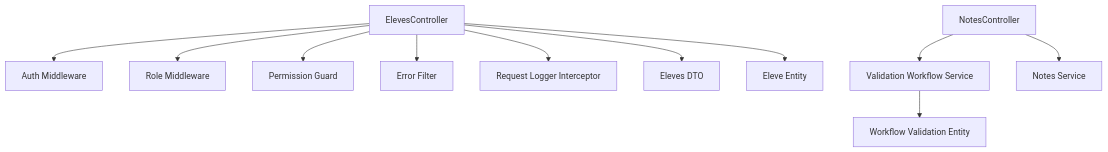
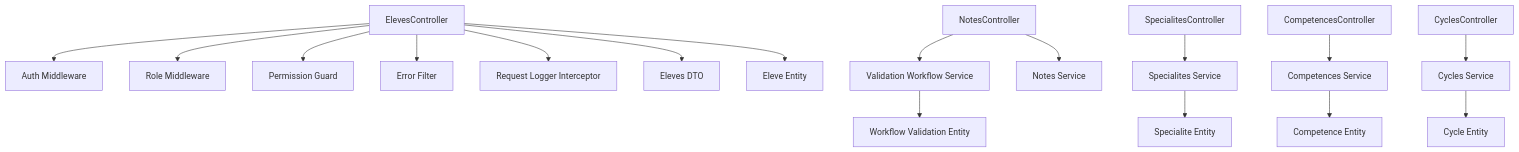
The ninth of 9 diagrams in .qoder/repowiki/en/content/Backend API Documentation/Academic Management API.md (franckylab/eLISAschool), drawn with Mermaid before and after one commit. The commit also changed other lines of this file and 77 other files, not shown here.

````diff
--- a/.qoder/repowiki/en/content/Backend API Documentation/Academic Management API.md
+++ b/.qoder/repowiki/en/content/Backend API Documentation/Academic Management API.md
@@ -567,13 +701,19 @@
 ```mermaid
 graph TB
 ElevesCtrl["ElevesController"] --> AuthMW["Auth Middleware"]
 ElevesCtrl --> RoleMW["Role Middleware"]
 ElevesCtrl --> Guard["Permission Guard"]
 ElevesCtrl --> ErrorF["Error Filter"]
 ElevesCtrl --> LoggerI["Request Logger Interceptor"]
 ElevesCtrl --> ElevesDTO["Eleves DTO"]
 ElevesCtrl --> EleveEntity["Eleve Entity"]
 NotesCtrl["NotesController"] --> ValidationService["Validation Workflow Service"]
 NotesCtrl --> NotesService["Notes Service"]
 ValidationService --> WorkflowEntity["Workflow Validation Entity"]
+SpecialitesCtrl["SpecialitesController"] --> SpecialitesService["Specialites Service"]
+SpecialitesService --> SpecialiteEntity["Specialite Entity"]
+CompetencesCtrl["CompetencesController"] --> CompetencesService["Competences Service"]
+CompetencesService --> CompetenceEntity["Competence Entity"]
+CyclesCtrl["CyclesController"] --> CyclesService["Cycles Service"]
+CyclesService --> CycleEntity["Cycle Entity"]
 ```
````
